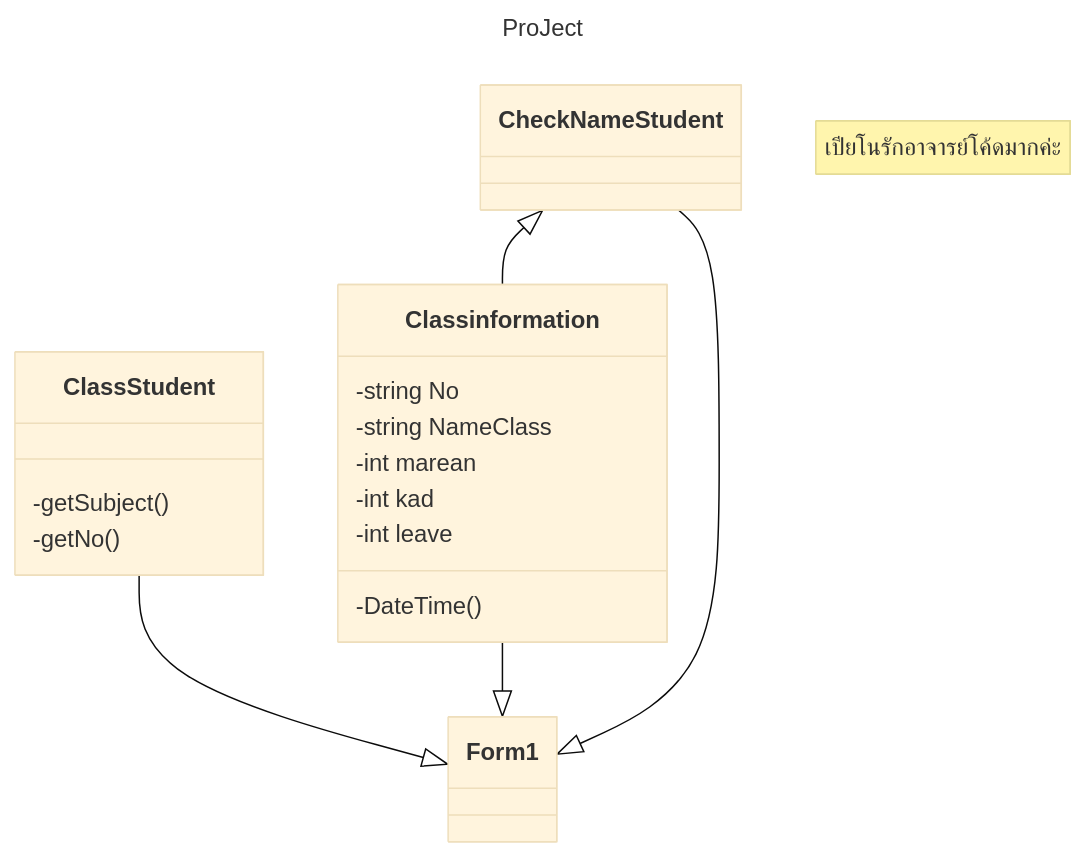
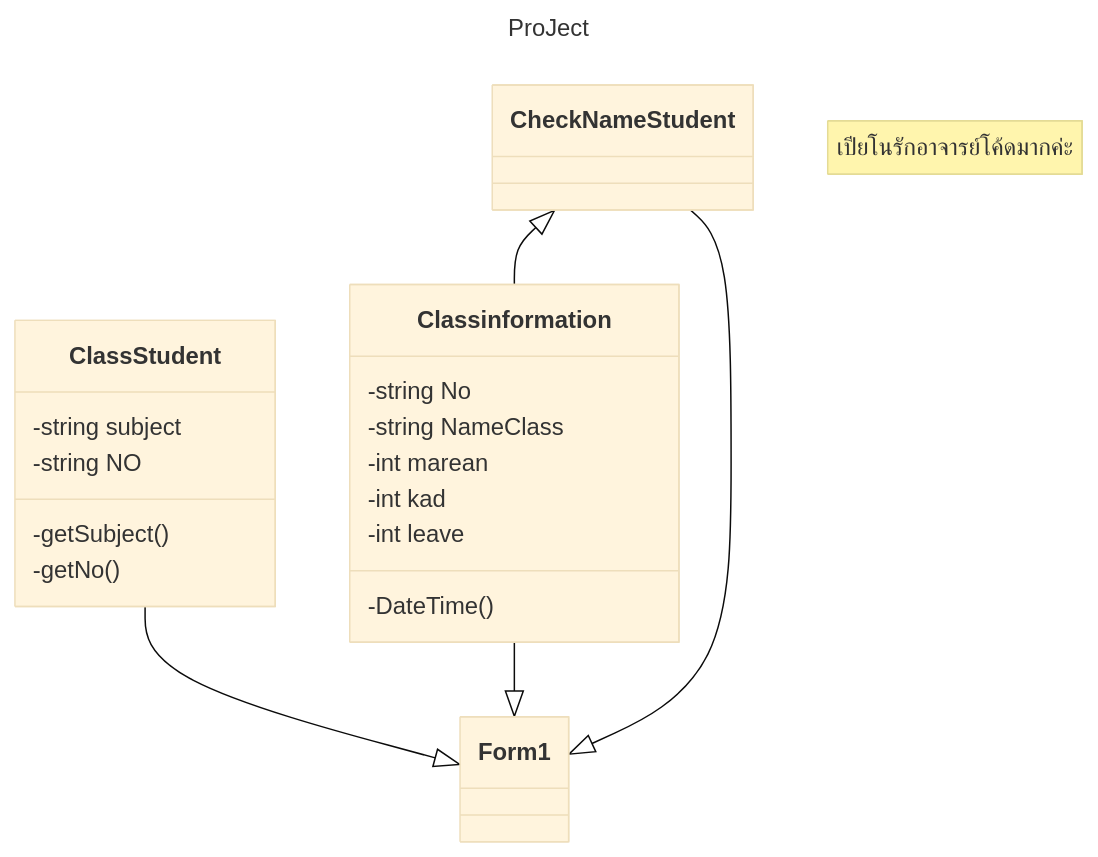
Before and after one commit to Natithorn/Test: the diagram in README.md, drawn with Mermaid (base theme).

````diff
--- a/README.md
+++ b/README.md
@@ -1,24 +1,26 @@
 ```mermaid
 ---
 title: ProJect
 ---
 classDiagram
     note "เปียโนรักอาจารย์โค้ดมากค่ะ"
     ClassStudent --|> Form1
     Classinformation --|> Form1
     CheckNameStudent <|-- Classinformation
     CheckNameStudent --|> Form1
     class Classinformation{
         -string No
         -string NameClass
         -int marean
         -int kad
         -int leave
         -DateTime()
     }
     class ClassStudent {
+        -string subject
+        -string NO
         -getSubject()
         -getNo()
     }
     
 ```
````
